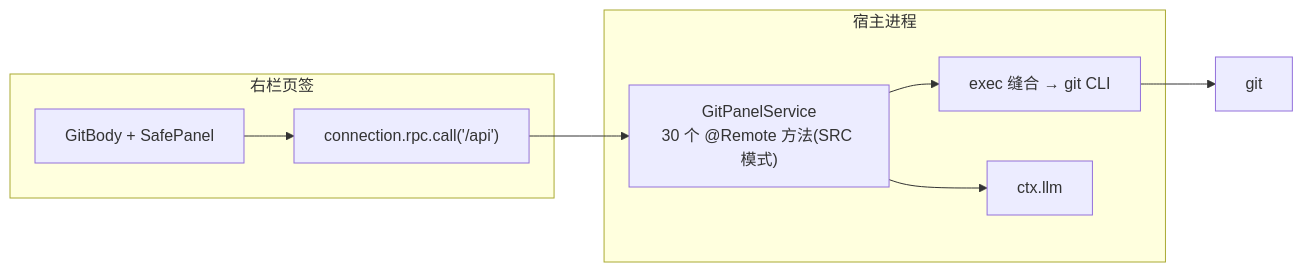
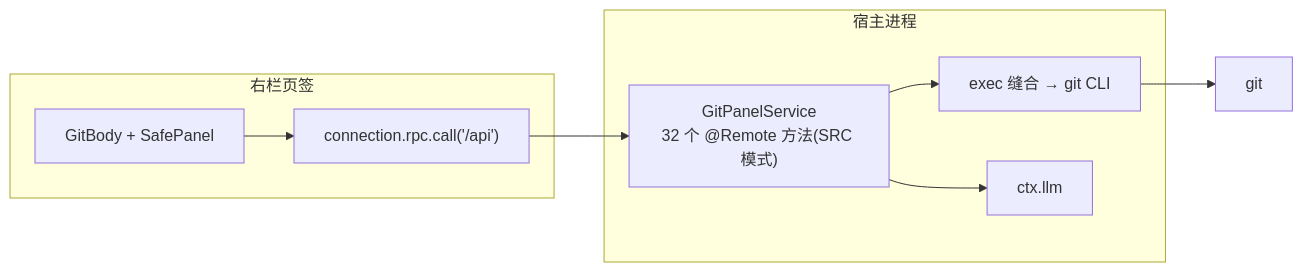
The diagram in README.md (z-y-q/dsh-git-panel), drawn with Mermaid before and after one commit. The commit also changed other lines of this file and 2 other files, not shown here.

Commit message:
docs: v0.6.x 文档更新 — CHANGELOG 补 0.6.0/0.6.1/0.6.2;ARCHITECTURE 增多仓库支持章节(发现/选择/cwd 收口图)与页签持久化小节,方法清单至 32;README 版本与功能同步

````diff
--- a/README.md
+++ b/README.md
@@ -27,14 +30,14 @@
 ```mermaid
 flowchart LR
     subgraph Browser["右栏页签"]
         UI["GitBody + SafePanel"]
         RPC["connection.rpc.call('/api')"]
     end
     subgraph Host["宿主进程"]
-        SVC["GitPanelService\n30 个 @Remote 方法(SRC 模式)"]
+        SVC["GitPanelService\n32 个 @Remote 方法(SRC 模式)"]
         EXE["exec 缝合 → git CLI"]
         LLM["ctx.llm"]
     end
     UI --> RPC --> SVC --> EXE --> GIT["git"]
     SVC --> LLM
 ```
````
